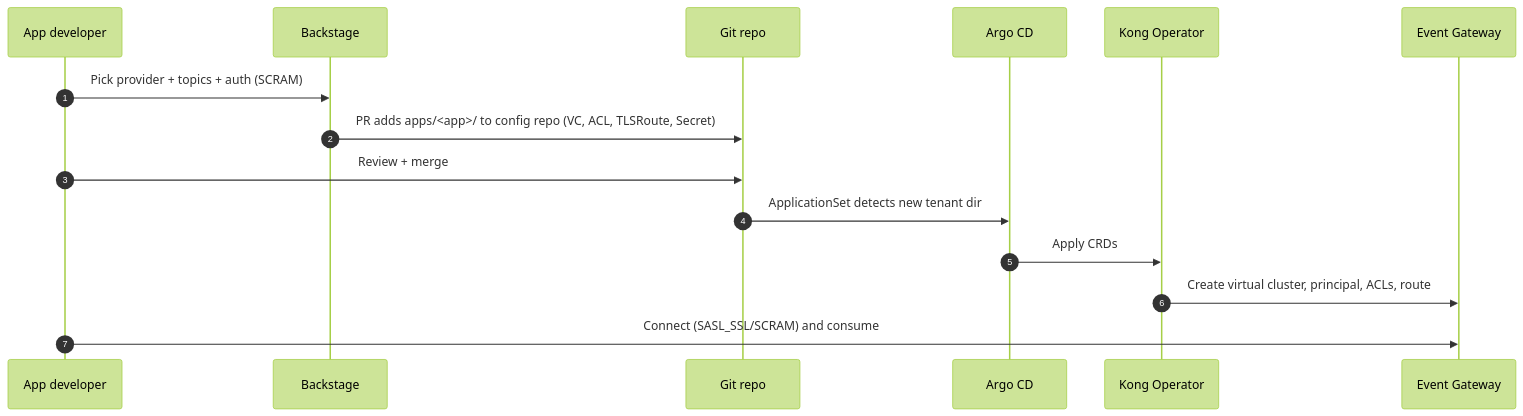
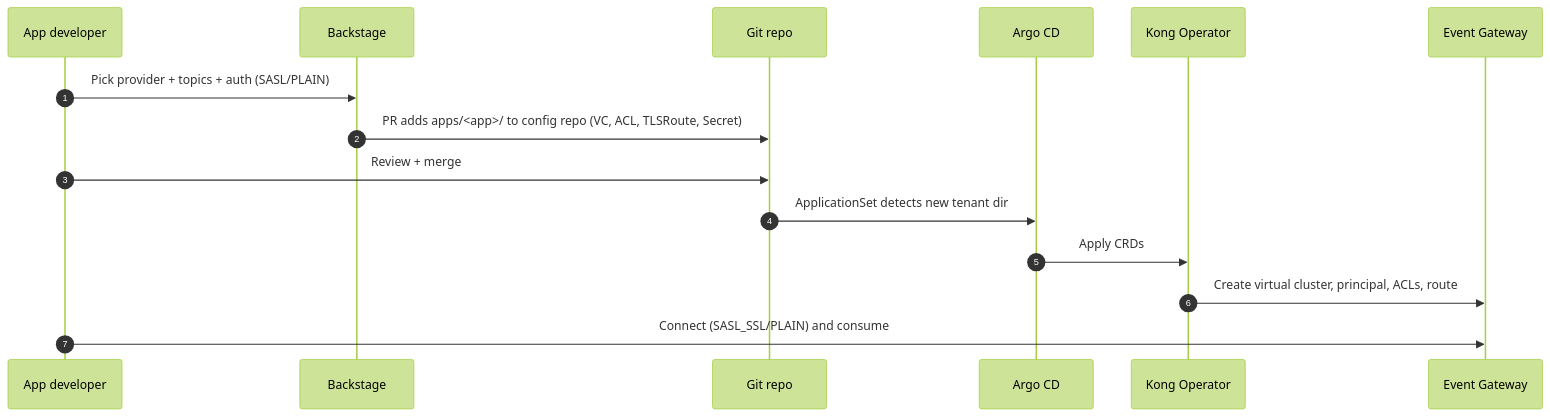
One commit to hguerrero/kafka-selfservice-backstage changed the first of 2 diagrams in docs/flows.md. Above: the diagram before and after it, drawn with Mermaid (forest theme). The commit also changed 15 other files, not shown here.

Commit message:
Refactor authentication mechanism from SCRAM to SASL/PLAIN and update related documentation and configurations

````diff
--- a/docs/flows.md
+++ b/docs/flows.md
@@ -11,17 +11,17 @@
 ```mermaid
 sequenceDiagram
   autonumber
   participant Dev as App developer
   participant BS as Backstage
   participant Git as Git repo
   participant Argo as Argo CD
   participant KO as Kong Operator
   participant KEG as Event Gateway
-  Dev->>BS: Pick provider + topics + auth (SCRAM)
+  Dev->>BS: Pick provider + topics + auth (SASL/PLAIN)
   BS->>Git: PR adds apps/<app>/ to config repo (VC, ACL, TLSRoute, Secret)
   Dev->>Git: Review + merge
   Git->>Argo: ApplicationSet detects new tenant dir
   Argo->>KO: Apply CRDs
   KO->>KEG: Create virtual cluster, principal, ACLs, route
-  Dev->>KEG: Connect (SASL_SSL/SCRAM) and consume
+  Dev->>KEG: Connect (SASL_SSL/PLAIN) and consume
 ```
````
